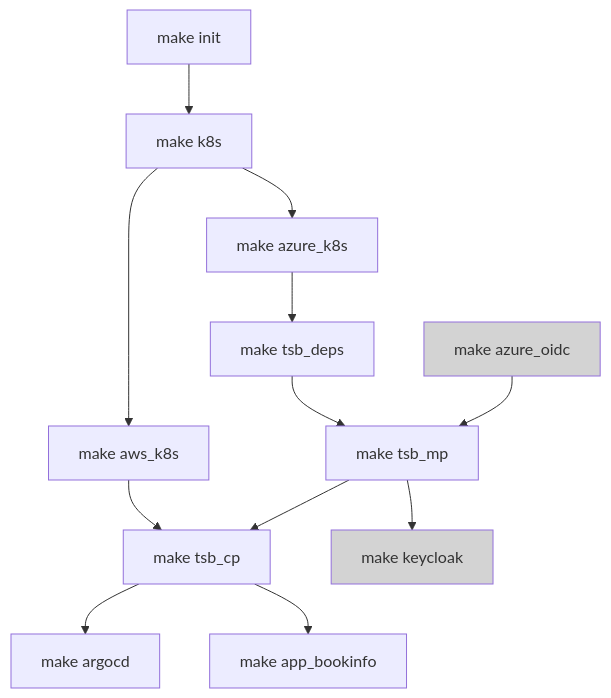
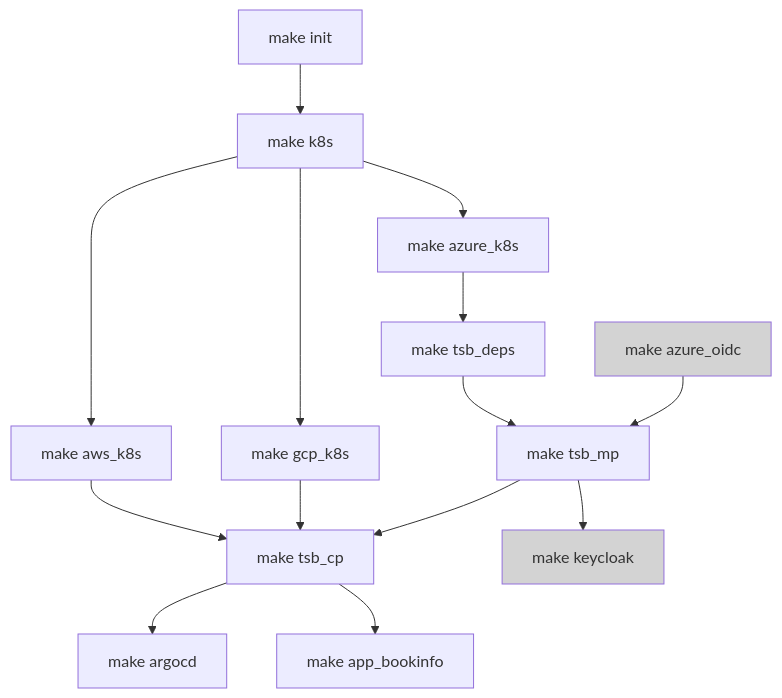
The diagram in README.md (tetratelabs/tetrate-service-bridge-sandbox), drawn with Mermaid before and after one commit.

````diff
--- a/README.md
+++ b/README.md
@@ -9,16 +9,18 @@
 ```mermaid
   graph TD;
       I[make init] --> AAA[make k8s]
       AAA[make k8s] --> A[make azure_k8s]
       AAA[make k8s] --> AA[make aws_k8s]
+      AAA[make k8s] --> AAAA[make gcp_k8s]
       A[make azure_k8s] --> B[make tsb_deps]
       AA[make aws_k8s] --> D[make tsb_cp]
+      AAAA[make gcp_k8s] --> D[make tsb_cp]
       B[make tsb_deps] --> C[make tsb_mp]
       Y[make azure_oidc] --> C[make tsb_mp]
       C[make tsb_mp] --> D[make tsb_cp]
       C[make tsb_mp] --> F[make keycloak]
       D[make tsb_cp] --> E[make argocd]
       D[make tsb_cp] --> Z[make app_bookinfo]
       style Y fill:lightgrey
       style F fill:lightgrey
 ```
````
